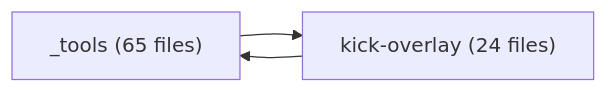
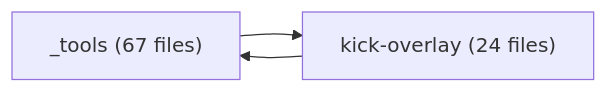
The diagram in features/INDEX.md (mateusant13/kick-youtube-overlay-for-twitch-with-adblock), drawn with Mermaid before and after one commit. The commit also changed other lines of this file and 3 other files, not shown here.

````diff
--- a/features/INDEX.md
+++ b/features/INDEX.md
@@ -15,7 +15,7 @@
 ```mermaid
 flowchart LR
-  _tools["_tools (65 files)"]
+  _tools["_tools (67 files)"]
   kick_overlay["kick-overlay (24 files)"]
   _tools --> kick_overlay
   kick_overlay --> _tools
 ```
````
